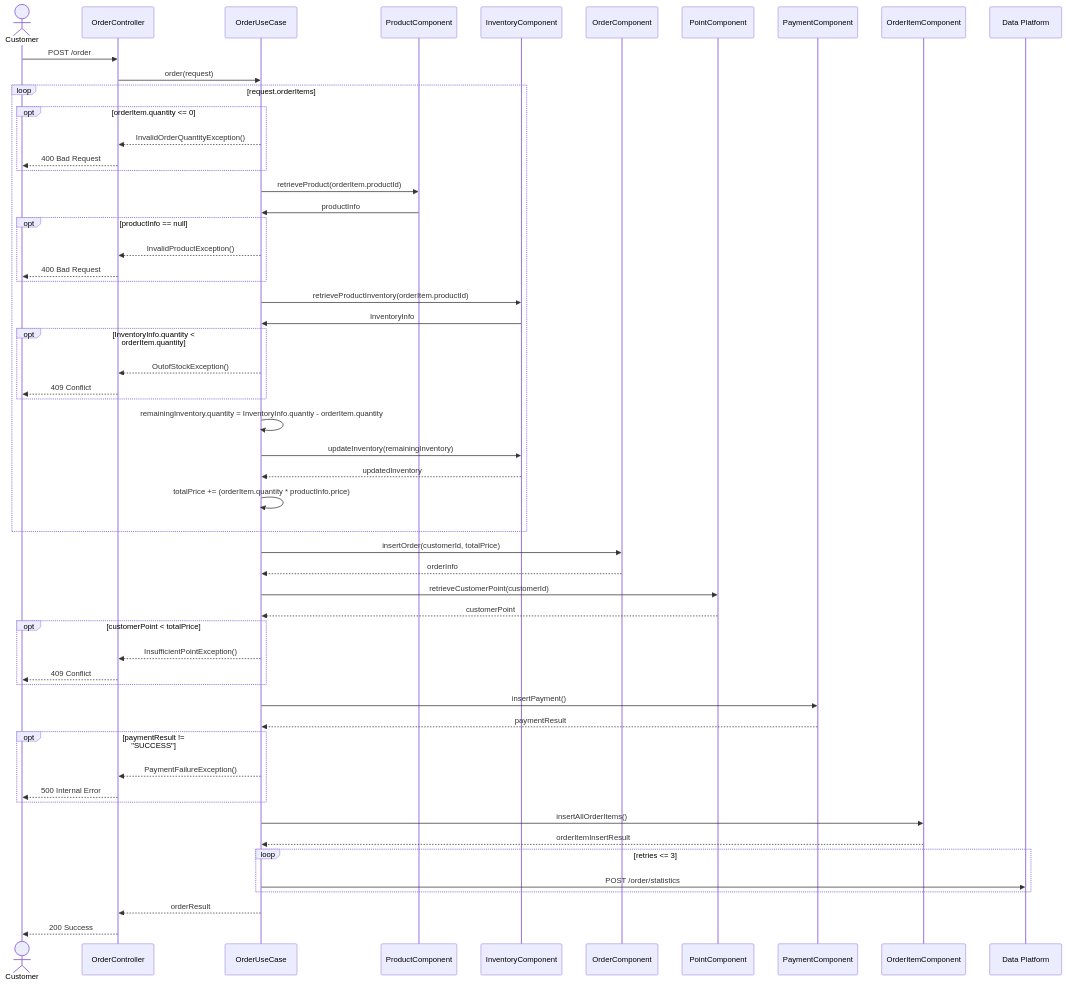
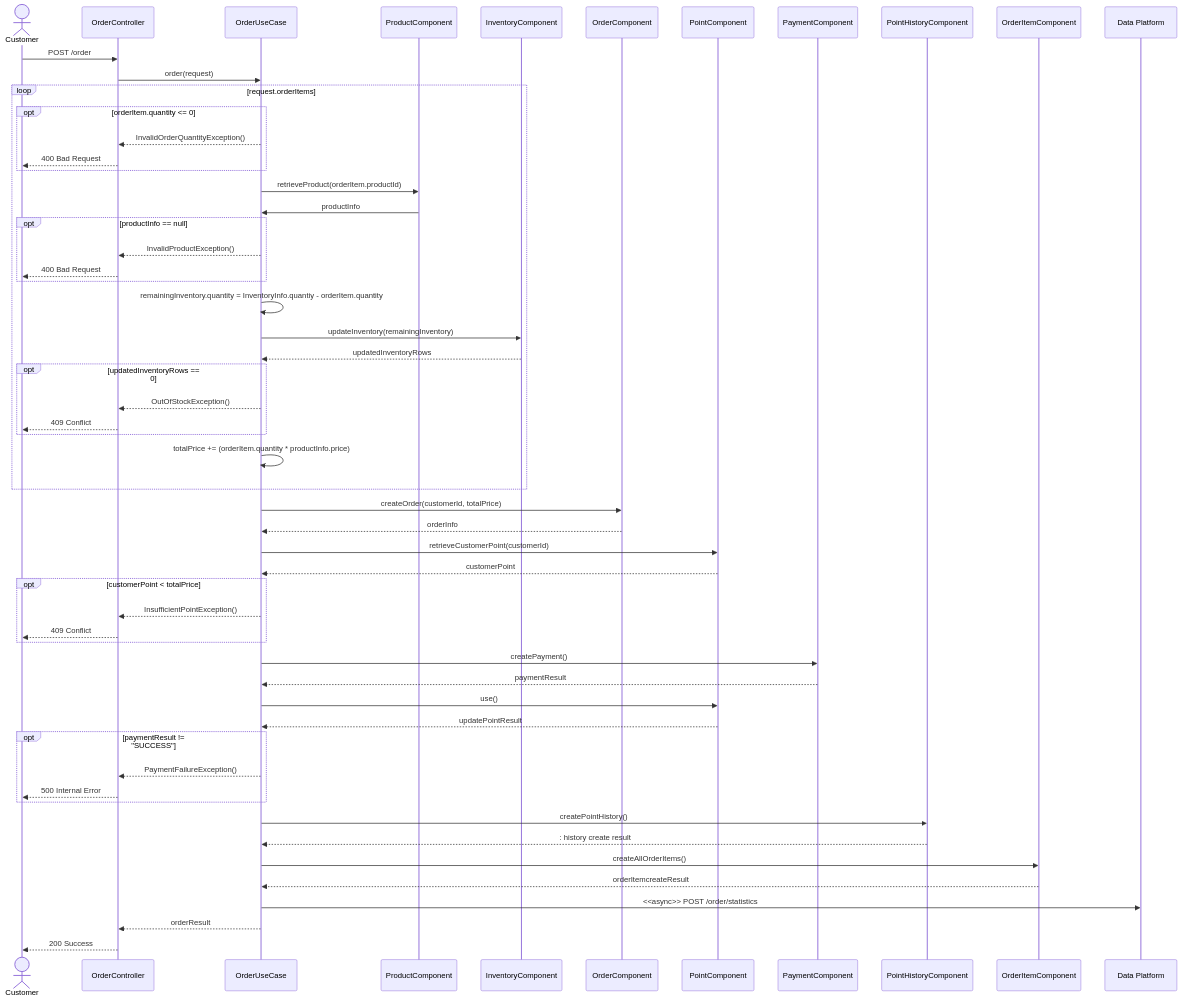
The third of 5 diagrams in chapter2/ecommerce/README.md (Kwang-in-da-Ho/hanghae_plus_backend_4), drawn with Mermaid before and after one commit. The commit also changed other lines of this file and 2 other files, not shown here.

Commit message:
week 4 - change README.md structure, change all diagrams into `mermaid`

````diff
--- a/chapter2/ecommerce/README.md
+++ b/chapter2/ecommerce/README.md
@@ -9,72 +86,74 @@
 ```mermaid
 sequenceDiagram
     actor Customer
     participant OrderController
     participant OrderUseCase
     participant ProductComponent
     participant InventoryComponent
     participant OrderComponent
     participant PointComponent
     participant PaymentComponent
+    participant PointHistoryComponent
     participant OrderItemComponent
     
     Customer->>OrderController: POST /order
     OrderController ->> OrderUseCase: order(request)
     
     loop request.orderItems
         opt orderItem.quantity <= 0
             OrderUseCase -->> OrderController: InvalidOrderQuantityException()
             OrderController -->> Customer: 400 Bad Request
         end
         
         OrderUseCase ->> ProductComponent: retrieveProduct(orderItem.productId)
         ProductComponent ->> OrderUseCase: productInfo
         
         opt productInfo == null
             OrderUseCase -->> OrderController: InvalidProductException()
             OrderController -->> Customer: 400 Bad Request
         end
         
-        OrderUseCase ->> InventoryComponent: retrieveProductInventory(orderItem.productId)
-        InventoryComponent ->> OrderUseCase: InventoryInfo
+        OrderUseCase ->> OrderUseCase: remainingInventory.quantity = InventoryInfo.quantiy - orderItem.quantity
         
-        opt InventoryInfo.quantity < orderItem.quantity
-            OrderUseCase -->> OrderController: OutofStockException()
-            OrderController -->> Customer: 409 Conflict
+        OrderUseCase ->> InventoryComponent: updateInventory(remainingInventory)
+        InventoryComponent -->> OrderUseCase: updatedInventoryRows
+        
+        opt updatedInventoryRows == 0
+            OrderUseCase -->> OrderController : OutOfStockException()
+            OrderController -->> Customer : 409 Conflict
         end
-        
-        OrderUseCase ->> OrderUseCase: remainingInventory.quantity = InventoryInfo.quantiy - orderItem.quantity
-        OrderUseCase ->> InventoryComponent: updateInventory(remainingInventory)
-        InventoryComponent -->> OrderUseCase: updatedInventory
         
         OrderUseCase ->> OrderUseCase: totalPrice += (orderItem.quantity * productInfo.price)
     end
     
-    OrderUseCase ->> OrderComponent: insertOrder(customerId, totalPrice)
+    OrderUseCase ->> OrderComponent: createOrder(customerId, totalPrice)
     OrderComponent -->> OrderUseCase: orderInfo
     
     OrderUseCase ->> PointComponent : retrieveCustomerPoint(customerId)
     PointComponent -->> OrderUseCase: customerPoint
     
     opt customerPoint < totalPrice
         OrderUseCase -->> OrderController: InsufficientPointException()
         OrderController -->> Customer: 409 Conflict
     end
-    OrderUseCase ->> PaymentComponent: insertPayment()
+    OrderUseCase ->> PaymentComponent: createPayment()
     PaymentComponent -->> OrderUseCase: paymentResult
+    OrderUseCase ->> PointComponent : use()
+    PointComponent -->> OrderUseCase : updatePointResult
     
     opt paymentResult != "SUCCESS"
         OrderUseCase -->> OrderController: PaymentFailureException()
         OrderController -->> Customer: 500 Internal Error
     end
+
+    OrderUseCase ->> PointHistoryComponent : createPointHistory()
+    PointHistoryComponent -->> OrderUseCase: : history create result
     
-    OrderUseCase ->> OrderItemComponent: insertAllOrderItems()
-    OrderItemComponent -->> OrderUseCase: orderItemInsertResult
+    OrderUseCase ->> OrderItemComponent: createAllOrderItems()
+    OrderItemComponent -->> OrderUseCase: orderItemcreateResult
     
-    loop retries <= 3
-        OrderUseCase ->> Data Platform: POST /order/statistics
-    end
+    OrderUseCase ->> Data Platform: <<async>> POST /order/statistics
     
     OrderUseCase -->> OrderController: orderResult
     OrderController -->> Customer: 200 Success
 ```
````
